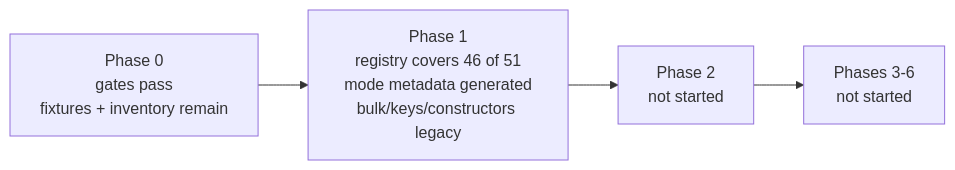
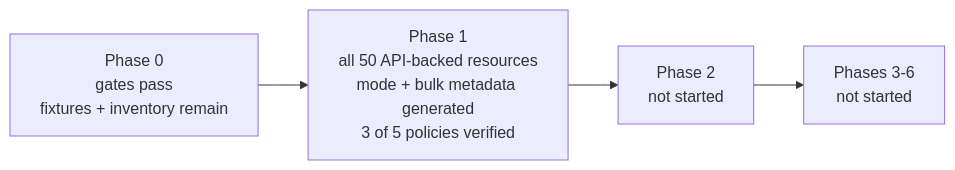
The diagram in status.md (BE-Network/terraform-provider-verity), drawn with Mermaid before and after one commit. The commit also changed other lines of this file and 10 other files, not shown here.

Commit message:
refactor: represent every API-backed resource and verify lifecycle policies

````diff
--- a/status.md
+++ b/status.md
@@ -51,6 +48,6 @@
 ```mermaid
 flowchart LR
-    P0[Phase 0<br/>gates pass<br/>fixtures + inventory remain] --> P1[Phase 1<br/>registry covers 46 of 51<br/>mode metadata generated<br/>bulk/keys/constructors legacy]
+    P0[Phase 0<br/>gates pass<br/>fixtures + inventory remain] --> P1[Phase 1<br/>all 50 API-backed resources<br/>mode + bulk metadata generated<br/>3 of 5 policies verified]
     P1 --> P2[Phase 2<br/>not started]
     P2 --> P3[Phases 3-6<br/>not started]
 ```
````
